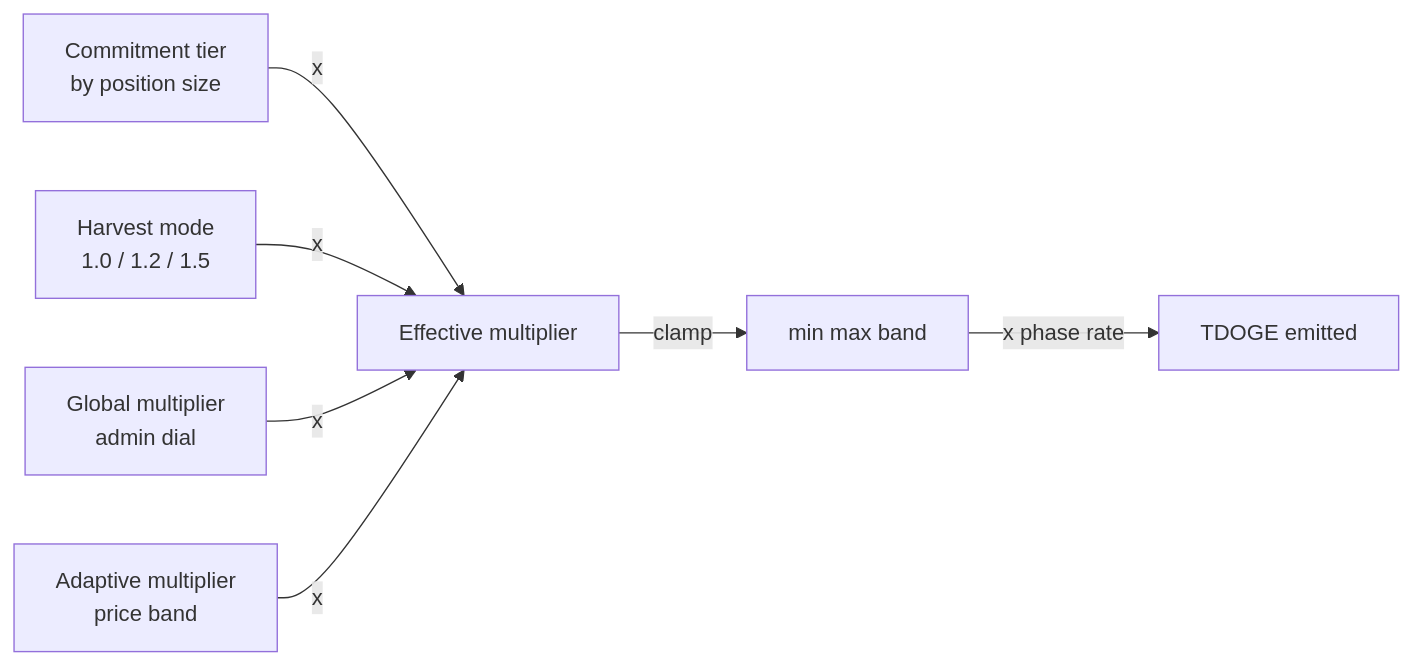
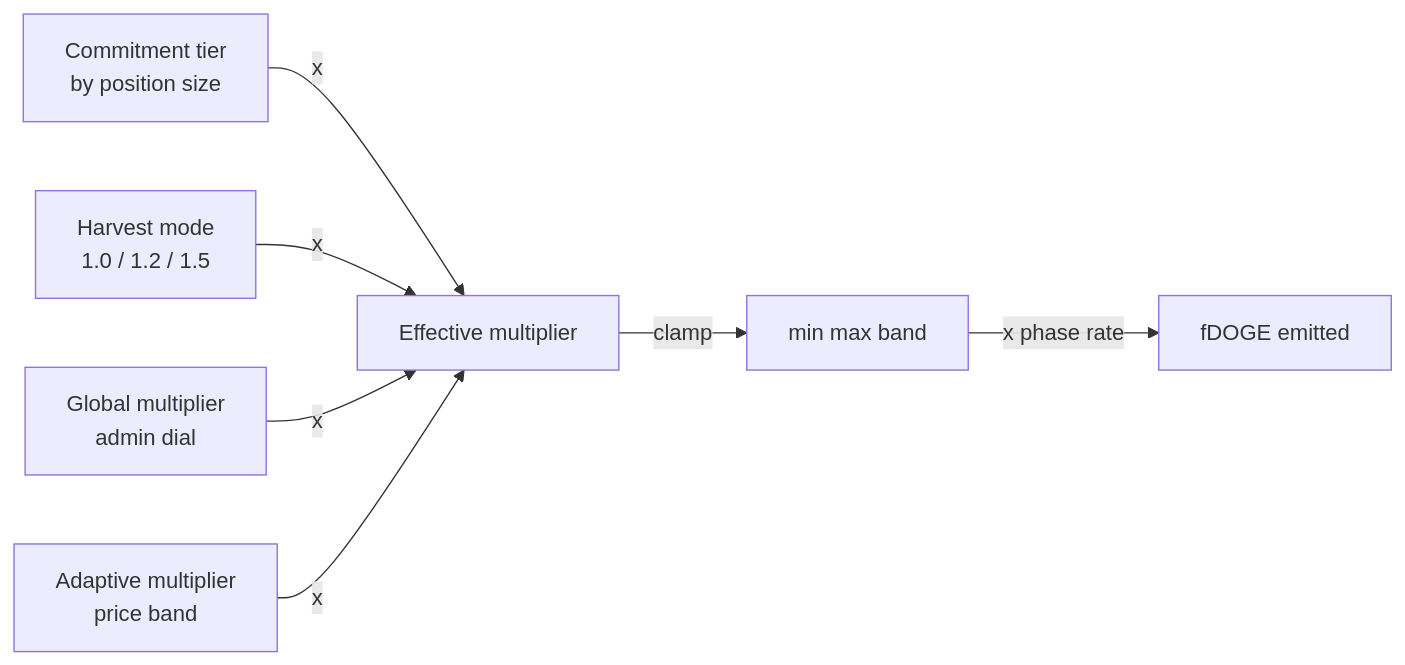
One commit to dudelynft-dotcom/DF changed the tenth of 19 diagrams in WHITEPAPER.md. Above: the diagram before and after it, drawn with Mermaid. The commit also changed other lines of this file and 2 other files, not shown here.

````diff
--- a/WHITEPAPER.md
+++ b/WHITEPAPER.md
@@ -487,9 +482,9 @@
 ```mermaid
 flowchart LR
     C[Commitment tier<br/>by position size] -->|x| E
     M[Harvest mode<br/>1.0 / 1.2 / 1.5] -->|x| E
     G[Global multiplier<br/>admin dial] -->|x| E
     A[Adaptive multiplier<br/>price band] -->|x| E
     E[Effective multiplier] -->|clamp| Out[min max band]
-    Out -->|x phase rate| Mint[TDOGE emitted]
+    Out -->|x phase rate| Mint[fDOGE emitted]
 ```
````
